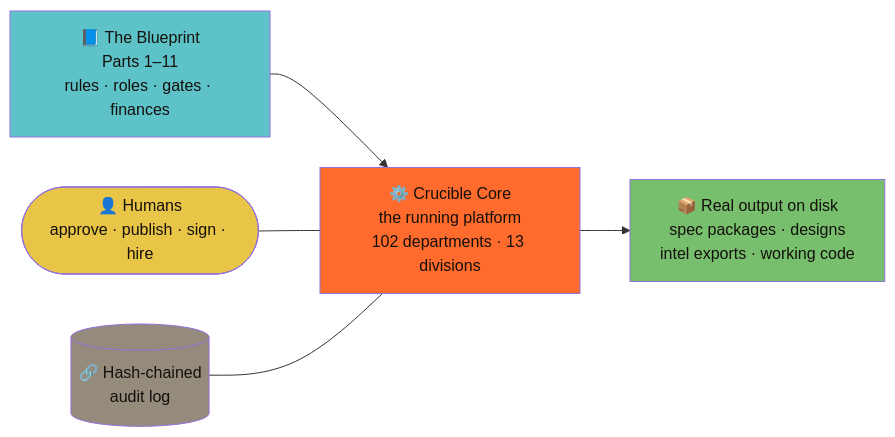
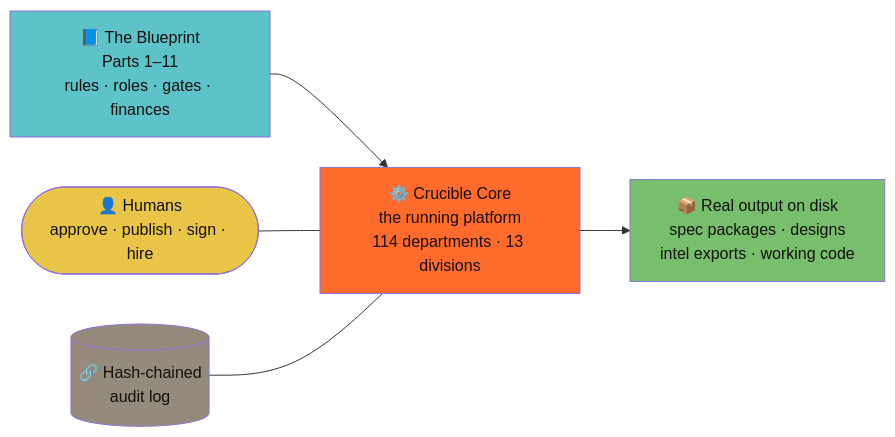
Before and after one commit to itzzexe/ALPHACORE: the diagram in README.md, drawn with Mermaid. The commit also changed other lines of this file and 13 other files, not shown here.

````diff
--- a/README.md
+++ b/README.md
@@ -9,12 +9,12 @@
 ```mermaid
 flowchart LR
-  BP["📘 The Blueprint<br/>Parts 1–11<br/>rules · roles · gates · finances"] --> CORE["⚙️ Crucible Core<br/>the running platform<br/>102 departments · 13 divisions"]
+  BP["📘 The Blueprint<br/>Parts 1–11<br/>rules · roles · gates · finances"] --> CORE["⚙️ Crucible Core<br/>the running platform<br/>114 departments · 13 divisions"]
   CORE --> OUT["📦 Real output on disk<br/>spec packages · designs<br/>intel exports · working code"]
   HUM(["👤 Humans<br/>approve · publish · sign · hire"]) --- CORE
   AUD[("🔗 Hash-chained<br/>audit log")] --- CORE
   style BP fill:#5ec3c9,color:#14100c
   style CORE fill:#ff6b2c,color:#14100c
   style OUT fill:#78bf6d,color:#14100c
   style HUM fill:#e8c547,color:#14100c
   style AUD fill:#948b7d,color:#14100c
 ```
````
